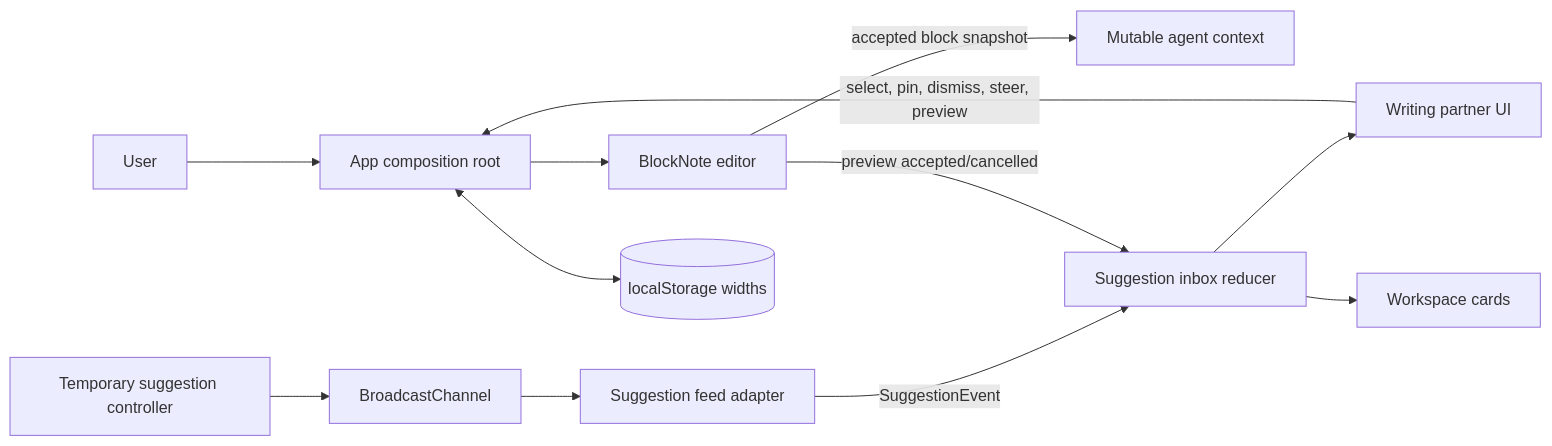
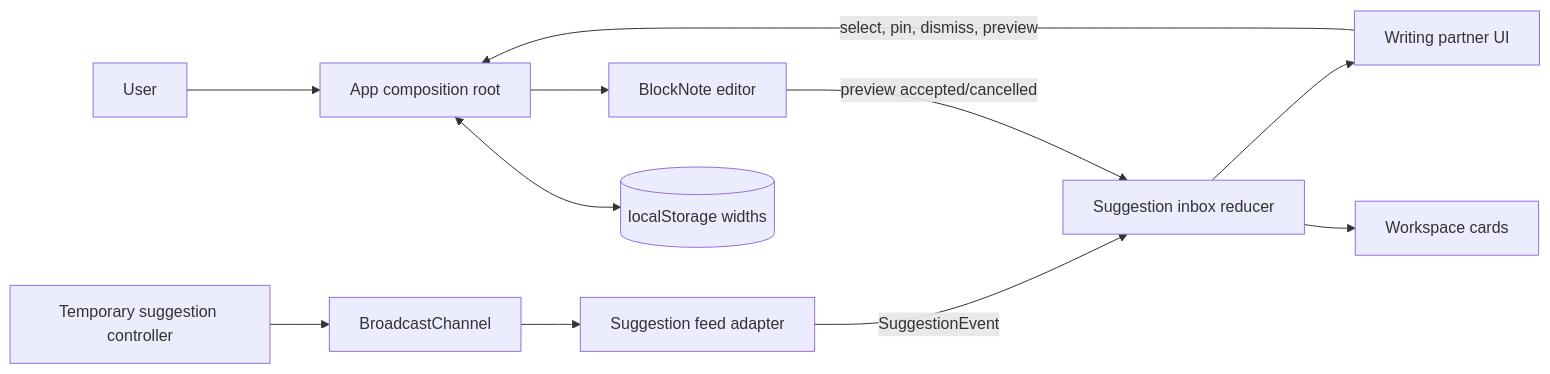
One commit to bitshielddev/writing-app changed the first of 2 diagrams in docs/architecture.md. Above: the diagram before and after it, drawn with Mermaid. The commit also changed other lines of this file and 28 other files, not shown here.

````diff
--- a/docs/architecture.md
+++ b/docs/architecture.md
@@ -7,26 +7,24 @@
 ```mermaid
 flowchart LR
     User[User]
     Shell[App composition root]
     Editor[BlockNote editor]
-    Context[Mutable agent context]
     Feed[Suggestion feed adapter]
     Inbox[Suggestion inbox reducer]
     Dock[Writing partner UI]
     Pins[Workspace cards]
     Storage[(localStorage widths)]
     Controller[Temporary suggestion controller]
     Channel[BroadcastChannel]
 
     User --> Shell
     Shell --> Editor
-    Editor -->|accepted block snapshot| Context
     Feed -->|SuggestionEvent| Inbox
     Inbox --> Dock
     Inbox --> Pins
-    Dock -->|select, pin, dismiss, steer, preview| Shell
+    Dock -->|select, pin, dismiss, preview| Shell
     Editor -->|preview accepted/cancelled| Inbox
     Shell <--> Storage
     Controller --> Channel
     Channel --> Feed
 ```
````
